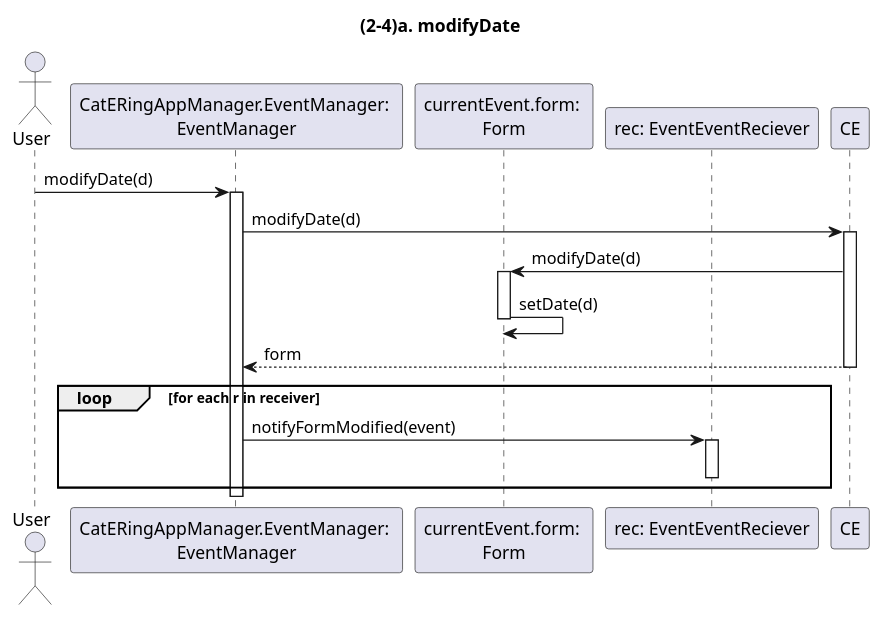
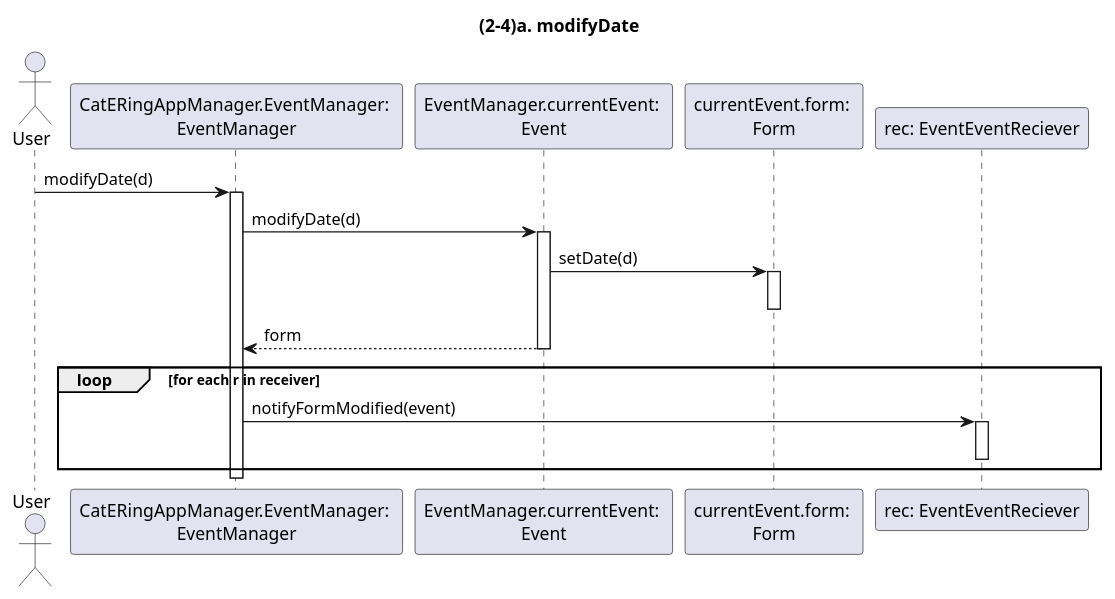
The diagram in dsd/dsd-eventi/estensioniEcc/924a-modifyDate.md (m0canu1/sas), drawn with PlantUML before and after one commit. The commit also changed 7 other files, not shown here.

````diff
--- a/dsd/dsd-eventi/estensioniEcc/924a-modifyDate.md
+++ b/dsd/dsd-eventi/estensioniEcc/924a-modifyDate.md
@@ -1,31 +1,31 @@
 ```plantuml
 
 title: (2-4)a. modifyDate
 
 Actor User
 Participant "CatERingAppManager.EventManager: \nEventManager" as EM
+Participant "EventManager.currentEvent: \nEvent" as CE
 Participant "currentEvent.form: \nForm" as FM
 Participant "rec: EventEventReciever" as EER
 
 User -> EM: modifyDate(d)
 Activate EM
 
 EM -> CE: modifyDate(d)
 Activate CE
-CE -> FM: modifyDate(d)
+CE -> FM: setDate(d)
 Activate FM
-FM -> FM: setDate(d)
 Deactivate FM
 CE --> EM: form
 Deactivate CE
 
 loop for each r in receiver
     EM -> EER: notifyFormModified(event)
     Activate EER
     Deactivate EER
 end
 
 Deactivate EM
 
 
 ```
````
